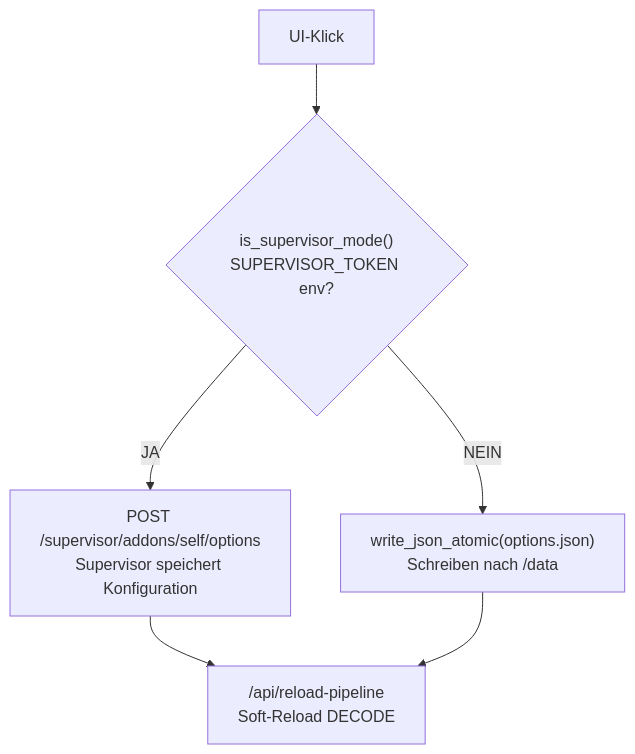
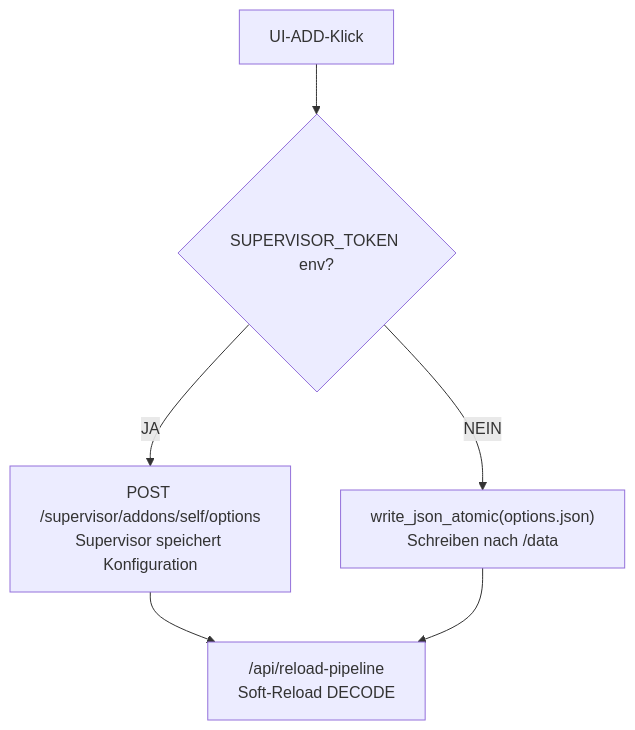
One commit to Kustonium/homeassistant-wmbus-mqtt-bridge-dev changed the sixth of 7 diagrams in docs/README.de.md. Above: the diagram before and after it, drawn with Mermaid. The commit also changed other lines of this file and 222 other files, not shown here.

````diff
--- a/docs/README.de.md
+++ b/docs/README.de.md
@@ -666,8 +651,8 @@
 ```mermaid
 flowchart TD
-  A["UI-Klick"] --> B{"is_supervisor_mode()<br/>SUPERVISOR_TOKEN env?"}
+  A["UI-ADD-Klick"] --> B{"SUPERVISOR_TOKEN env?"}
   B -- "JA" --> C["POST /supervisor/addons/self/options<br/>Supervisor speichert Konfiguration"]
   B -- "NEIN" --> D["write_json_atomic(options.json)<br/>Schreiben nach /data"]
   C --> E["/api/reload-pipeline<br/>Soft-Reload DECODE"]
   D --> E
 ```
````
